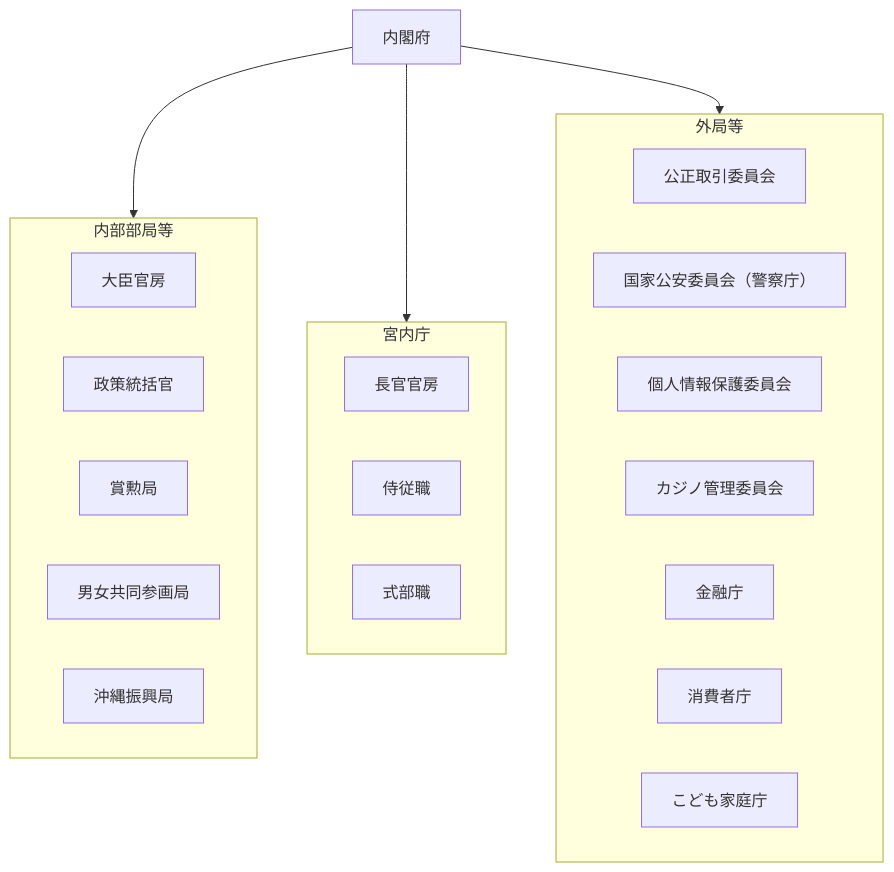
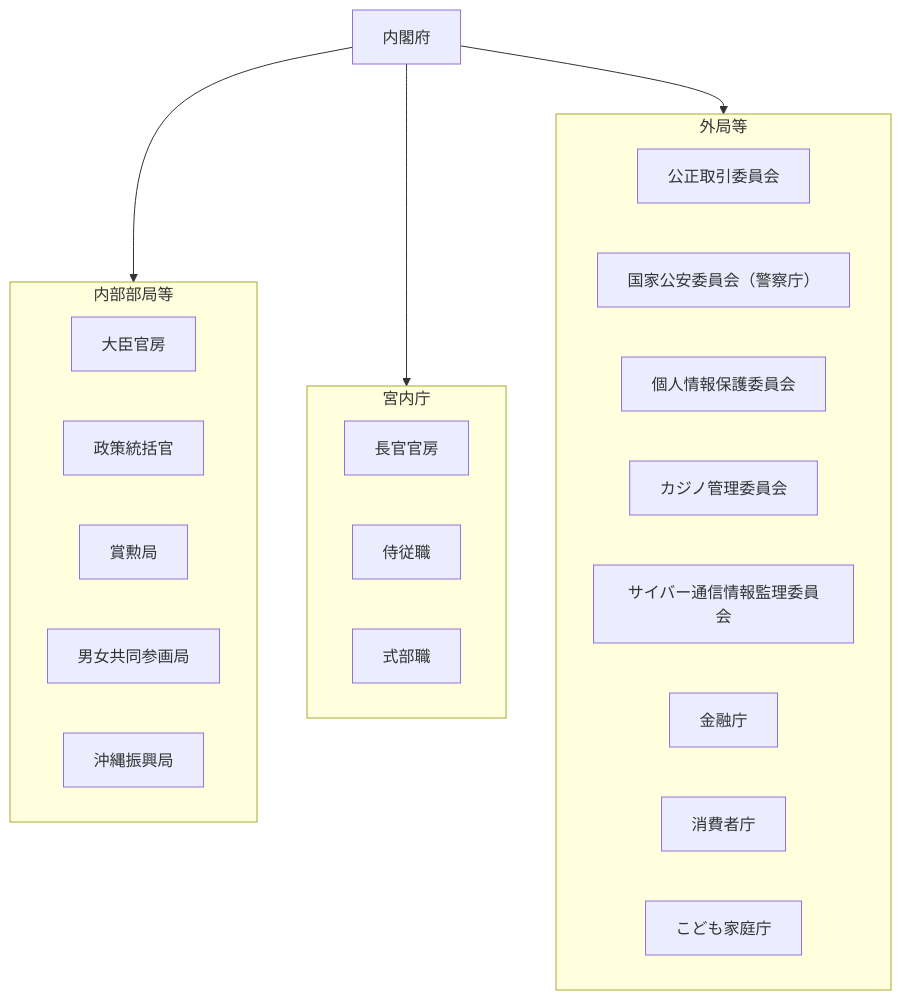
The diagram in 行政機構/内閣府/README.md (tatemaru/jp-admin-org-chart), drawn with Mermaid before and after one commit. The commit also changed other lines of this file and 1 other file, not shown here.

Commit message:
chore(snapshot): 行政機構図 2026.8 に追従
根拠: （年次機構図。個別の設置法イベントではない）
基準日: 2026-08-01（令和8年8月1日）
出典: https://www.cas.go.jp/jp/gaiyou/jimu/jinjikyoku/satei_01_05.html

種別: snapshot
備考: この時点では防災庁は未設置（内閣府側に移管予定の注記段階）。

````diff
--- a/行政機構/内閣府/README.md
+++ b/行政機構/内閣府/README.md
@@ -5,28 +5,29 @@
 ```mermaid
 flowchart TB
   root["内閣府"]
   subgraph g0["内部部局等"]
     n0_0["大臣官房"]
     n0_1["政策統括官"]
     n0_2["賞勲局"]
     n0_3["男女共同参画局"]
     n0_4["沖縄振興局"]
   end
   root --> g0
   subgraph g1["宮内庁"]
     n1_0["長官官房"]
     n1_1["侍従職"]
     n1_2["式部職"]
   end
   root --> g1
   subgraph g2["外局等"]
     n2_0["公正取引委員会"]
     n2_1["国家公安委員会（警察庁）"]
     n2_2["個人情報保護委員会"]
     n2_3["カジノ管理委員会"]
-    n2_4["金融庁"]
-    n2_5["消費者庁"]
-    n2_6["こども家庭庁"]
+    n2_4["サイバー通信情報監理委員会"]
+    n2_5["金融庁"]
+    n2_6["消費者庁"]
+    n2_7["こども家庭庁"]
   end
   root --> g2
 ```
````
